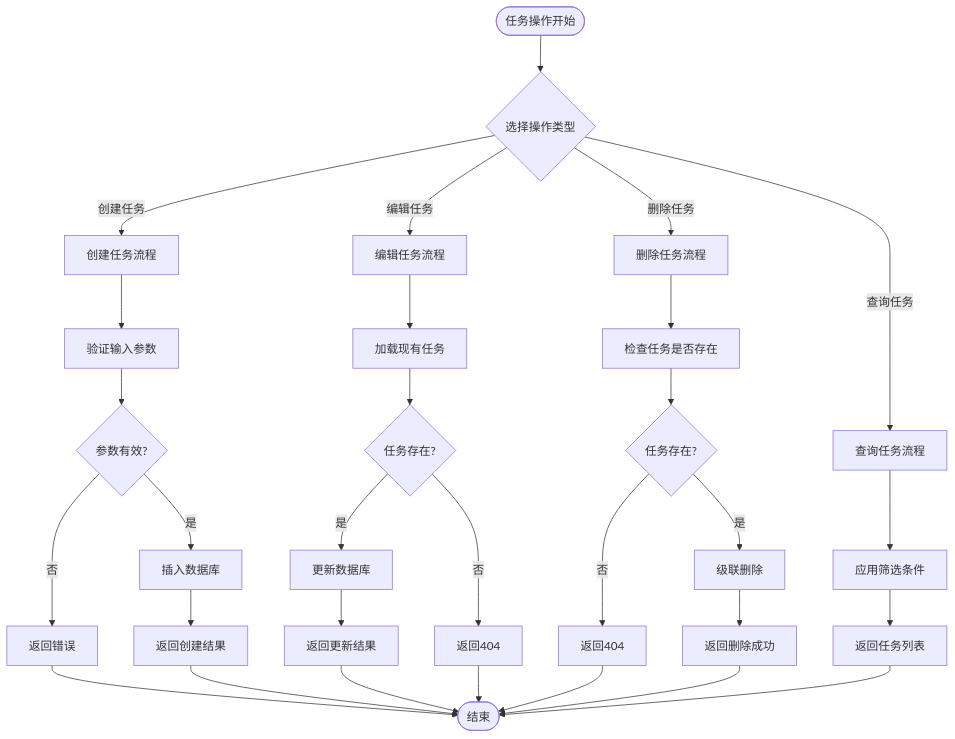
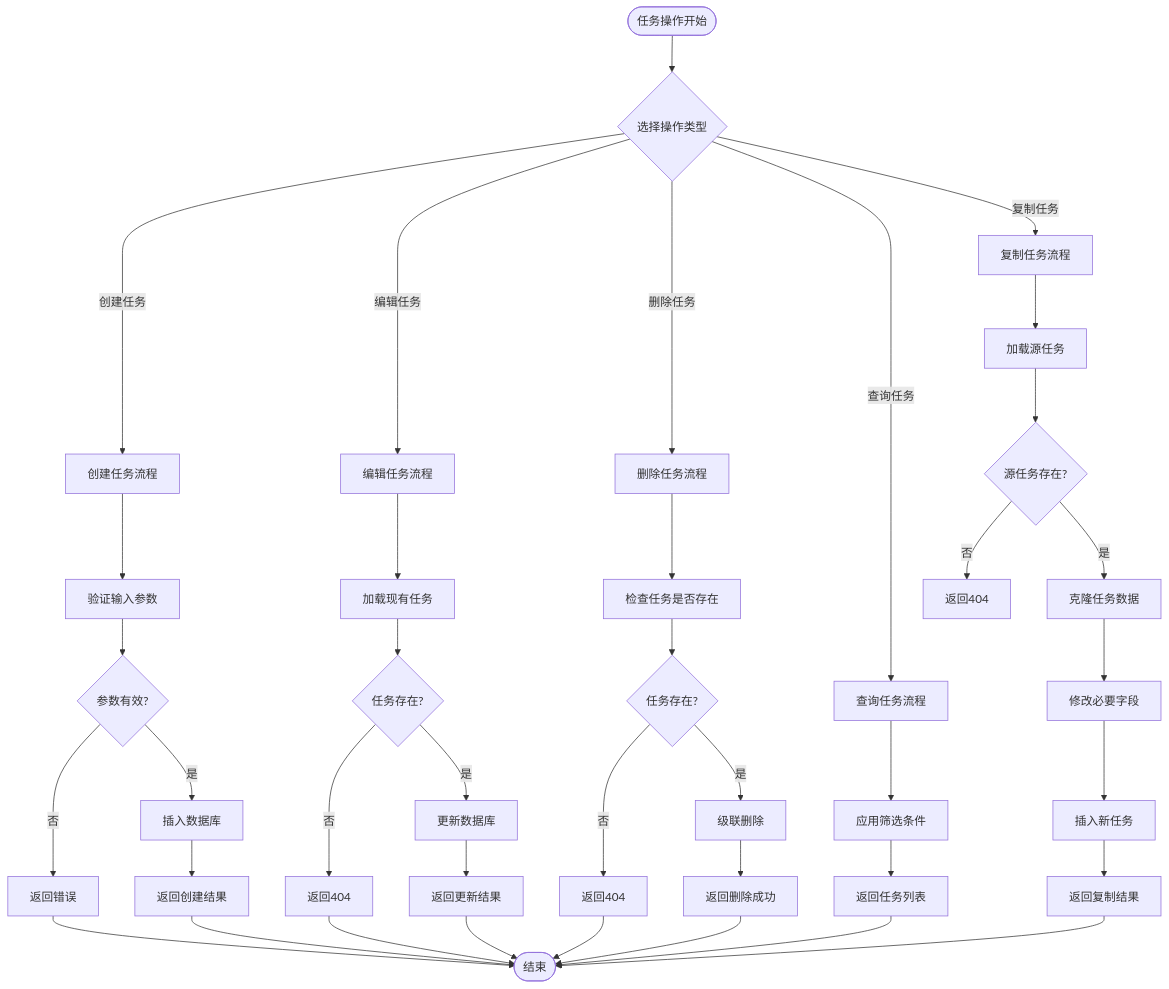
One commit to dawny123123/StarParadise changed the fourth of 9 diagrams in .qoder/repowiki/zh/content/核心功能模块/任务管理系统.md. Above: the diagram before and after it, drawn with Mermaid. The commit also changed other lines of this file and 102 other files, not shown here.

````diff
--- a/.qoder/repowiki/zh/content/核心功能模块/任务管理系统.md
+++ b/.qoder/repowiki/zh/content/核心功能模块/任务管理系统.md
@@ -206,32 +217,41 @@
 ```mermaid
 flowchart TD
 Start([任务操作开始]) --> ChooseOp{选择操作类型}
 ChooseOp --> |创建任务| CreateTask[创建任务流程]
 ChooseOp --> |编辑任务| EditTask[编辑任务流程]
 ChooseOp --> |删除任务| DeleteTask[删除任务流程]
 ChooseOp --> |查询任务| QueryTask[查询任务流程]
+ChooseOp --> |复制任务| CopyTask[复制任务流程]
 CreateTask --> ValidateInput[验证输入参数]
 ValidateInput --> InputValid{参数有效?}
 InputValid --> |否| ReturnError[返回错误]
 InputValid --> |是| InsertDB[插入数据库]
 InsertDB --> ReturnCreated[返回创建结果]
 EditTask --> LoadTask[加载现有任务]
 LoadTask --> TaskExists{任务存在?}
 TaskExists --> |否| NotFound[返回404]
 TaskExists --> |是| UpdateDB[更新数据库]
 UpdateDB --> ReturnUpdated[返回更新结果]
 DeleteTask --> CheckTask[检查任务是否存在]
 CheckTask --> TaskExists2{任务存在?}
 TaskExists2 --> |否| NotFound2[返回404]
 TaskExists2 --> |是| CascadeDelete[级联删除]
 CascadeDelete --> ReturnDeleted[返回删除成功]
 QueryTask --> FilterTasks[应用筛选条件]
 FilterTasks --> ReturnList[返回任务列表]
+CopyTask --> LoadSourceTask[加载源任务]
+LoadSourceTask --> TaskExists3{源任务存在?}
+TaskExists3 --> |否| NotFound3[返回404]
+TaskExists3 --> |是| CloneData[克隆任务数据]
+CloneData --> ModifyFields[修改必要字段]
+ModifyFields --> InsertNewTask[插入新任务]
+InsertNewTask --> ReturnCopied[返回复制结果]
 ReturnError --> End([结束])
 ReturnCreated --> End
 ReturnUpdated --> End
 NotFound --> End
 NotFound2 --> End
 ReturnDeleted --> End
 ReturnList --> End
+ReturnCopied --> End
 ```
````
